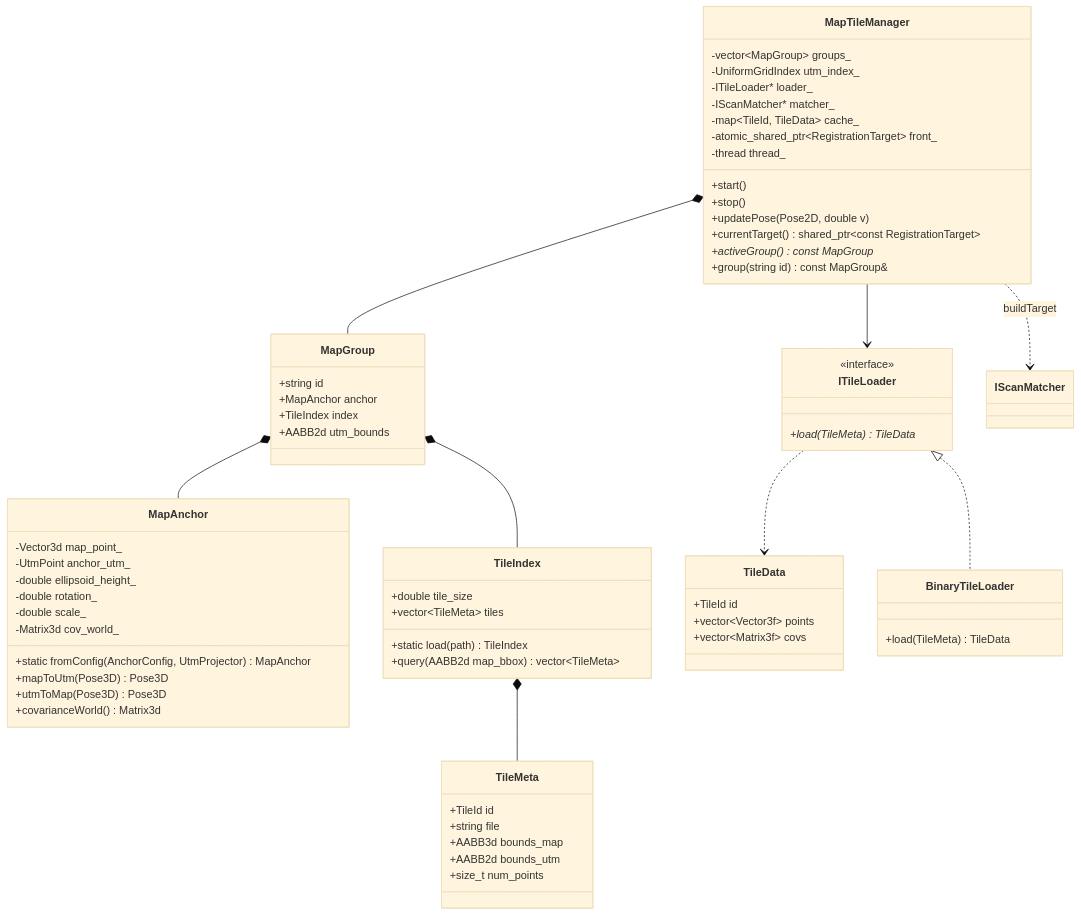
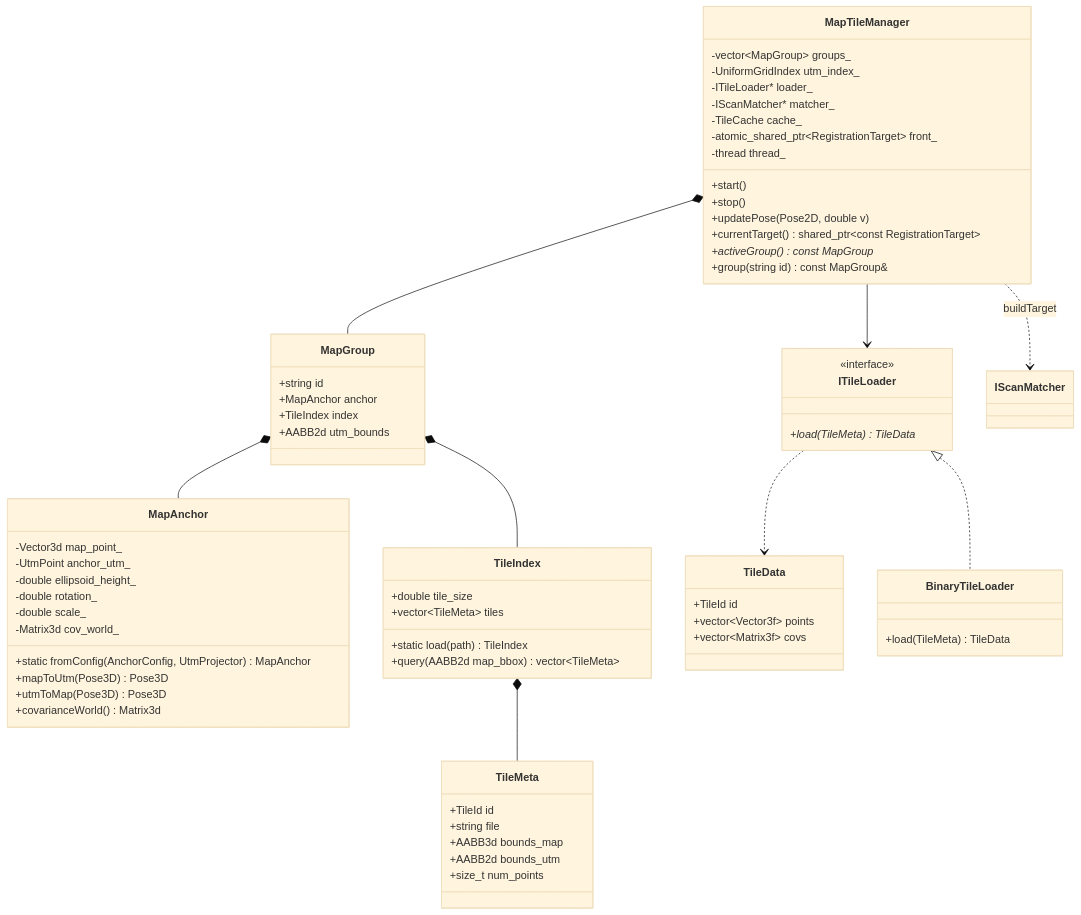
The tenth of 14 diagrams in docs/architecture.md (mamoru1126/gnss_and_lidar_localization), drawn with Mermaid (base theme) before and after one commit. The commit also changed other lines of this file and 2 other files, not shown here.

First line of the commit message:
docs: GitHub 上での数式・Mermaid 図の表示崩れを修正

````diff
--- a/docs/architecture.md
+++ b/docs/architecture.md
@@ -687,72 +680,71 @@
 ```mermaid
 classDiagram
-  direction TB
 
   class MapAnchor {
     -Vector3d map_point_
     -UtmPoint anchor_utm_
     -double ellipsoid_height_
     -double rotation_
     -double scale_
     -Matrix3d cov_world_
     +static fromConfig(AnchorConfig, UtmProjector) MapAnchor
     +mapToUtm(Pose3D) Pose3D
     +utmToMap(Pose3D) Pose3D
     +covarianceWorld() Matrix3d
   }
   class MapGroup {
     +string id
     +MapAnchor anchor
     +TileIndex index
     +AABB2d utm_bounds
   }
   class TileIndex {
     +double tile_size
     +vector~TileMeta~ tiles
     +static load(path) TileIndex
     +query(AABB2d map_bbox) vector~TileMeta~
   }
   class TileMeta {
     +TileId id
     +string file
     +AABB3d bounds_map
     +AABB2d bounds_utm
     +size_t num_points
   }
   class TileData {
     +TileId id
     +vector~Vector3f~ points
     +vector~Matrix3f~ covs
   }
   class ITileLoader {
     <<interface>>
     +load(TileMeta) TileData*
   }
   class BinaryTileLoader {
     +load(TileMeta) TileData
   }
   class MapTileManager {
     -vector~MapGroup~ groups_
     -UniformGridIndex utm_index_
     -ITileLoader* loader_
     -IScanMatcher* matcher_
-    -map~TileId, TileData~ cache_
+    -TileCache cache_
     -atomic_shared_ptr~RegistrationTarget~ front_
     -thread thread_
     +start()
     +stop()
     +updatePose(Pose2D, double v)
     +currentTarget() shared_ptr~const RegistrationTarget~
     +activeGroup() const MapGroup*
     +group(string id) const MapGroup&
   }
 
   MapGroup *-- MapAnchor
   MapGroup *-- TileIndex
   TileIndex *-- TileMeta
   ITileLoader <|.. BinaryTileLoader
   ITileLoader ..> TileData
   MapTileManager *-- MapGroup
   MapTileManager --> ITileLoader
   MapTileManager ..> IScanMatcher : buildTarget
 ```
````
